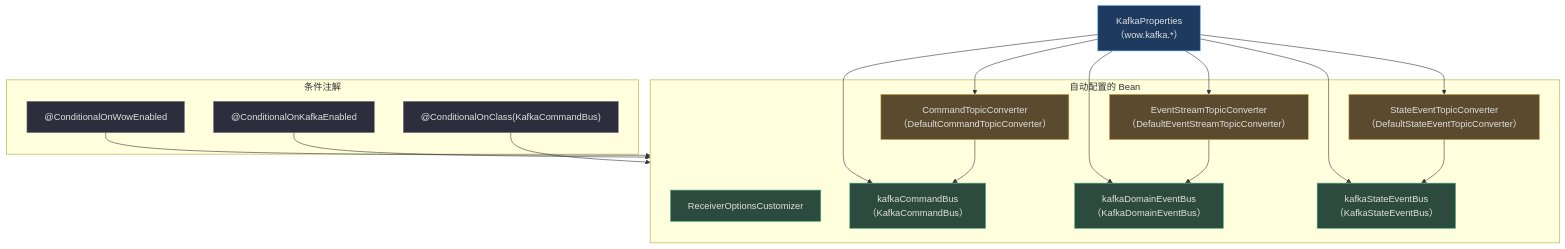
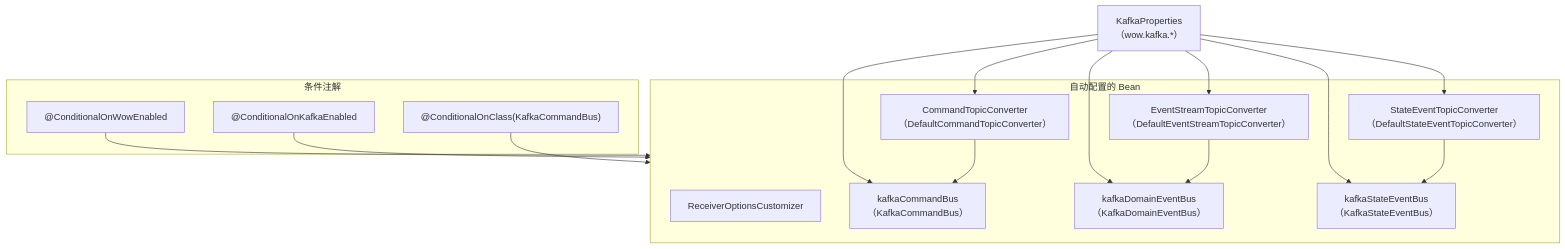
The fifth of 5 diagrams in documentation/docs/zh/deep-dive/integrations/kafka.md (Ahoo-Wang/Wow), drawn with Mermaid before and after one commit. The commit also changed other lines of this file and 32 other files, not shown here.

Commit message:
docs: remove unsupported style/classDef directives from stateDiagram-v2 Mermaid blocks

````diff
--- a/documentation/docs/zh/deep-dive/integrations/kafka.md
+++ b/documentation/docs/zh/deep-dive/integrations/kafka.md
@@ -300,43 +288,32 @@
 ```mermaid
 graph TB
     subgraph Conditions["条件注解"]
         C1["@ConditionalOnWowEnabled"]
         C2["@ConditionalOnKafkaEnabled"]
         C3["@ConditionalOnClass(KafkaCommandBus)"]
     end
     subgraph Beans["自动配置的 Bean"]
         B1["ReceiverOptionsCustomizer"]
         B2["CommandTopicConverter<br>（DefaultCommandTopicConverter）"]
         B3["kafkaCommandBus<br>（KafkaCommandBus）"]
         B4["EventStreamTopicConverter<br>（DefaultEventStreamTopicConverter）"]
         B5["kafkaDomainEventBus<br>（KafkaDomainEventBus）"]
         B6["StateEventTopicConverter<br>（DefaultStateEventTopicConverter）"]
         B7["kafkaStateEventBus<br>（KafkaStateEventBus）"]
     end
     Config["KafkaProperties<br>（wow.kafka.*）"] --> B2
     Config --> B3
     Config --> B4
     Config --> B5
     Config --> B6
     Config --> B7
 
     B2 --> B3
     B4 --> B5
     B6 --> B7
 
     C1 --> Beans
     C2 --> Beans
     C3 --> Beans
 
-    style C1 fill:#2d2d3d,stroke:#7a7a8a,color:#e0e0e0
-    style C2 fill:#2d2d3d,stroke:#7a7a8a,color:#e0e0e0
-    style C3 fill:#2d2d3d,stroke:#7a7a8a,color:#e0e0e0
-    style Config fill:#1e3a5f,stroke:#4a9eed,color:#e0e0e0
-    style B1 fill:#2d4a3e,stroke:#4aba8a,color:#e0e0e0
-    style B2 fill:#5a4a2e,stroke:#d4a84b,color:#e0e0e0
-    style B3 fill:#2d4a3e,stroke:#4aba8a,color:#e0e0e0
-    style B4 fill:#5a4a2e,stroke:#d4a84b,color:#e0e0e0
-    style B5 fill:#2d4a3e,stroke:#4aba8a,color:#e0e0e0
-    style B6 fill:#5a4a2e,stroke:#d4a84b,color:#e0e0e0
-    style B7 fill:#2d4a3e,stroke:#4aba8a,color:#e0e0e0
 ```
````
